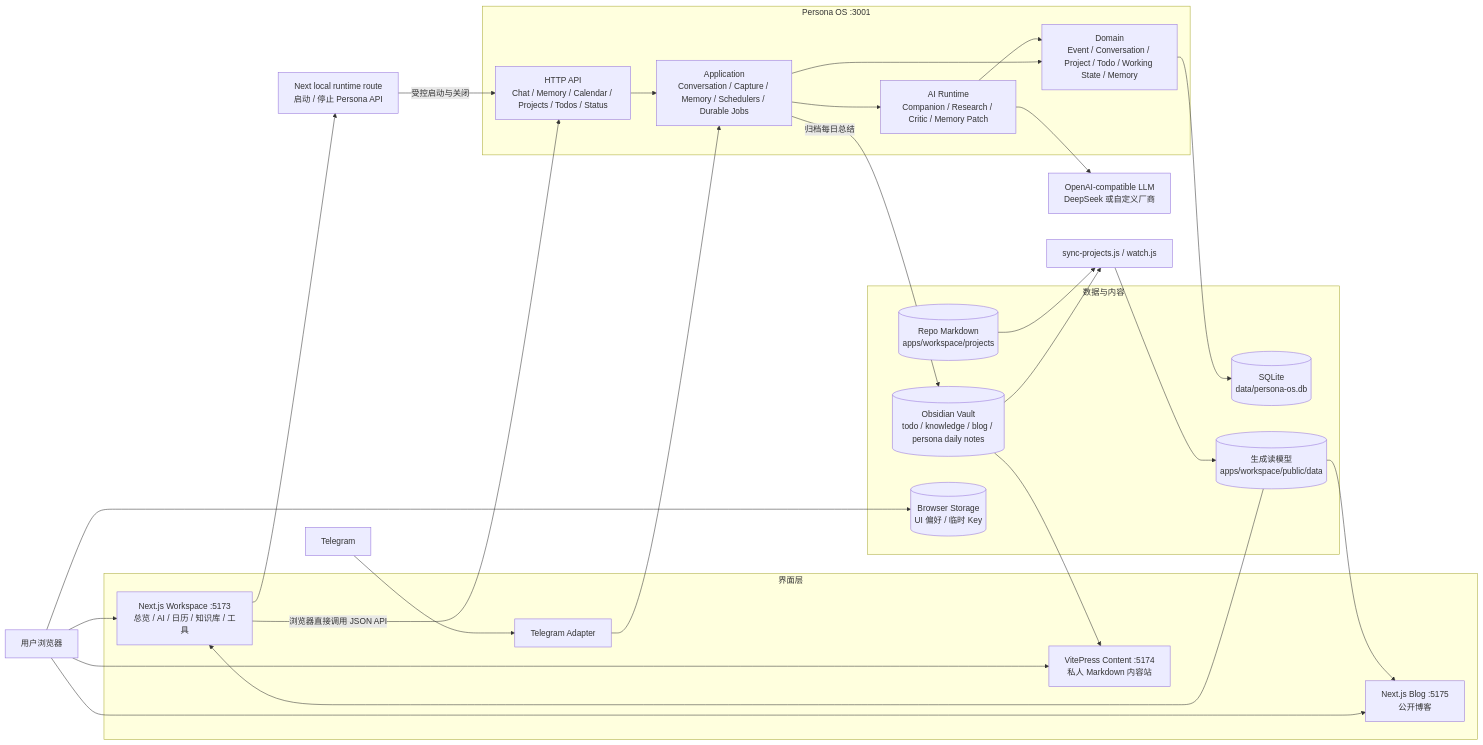
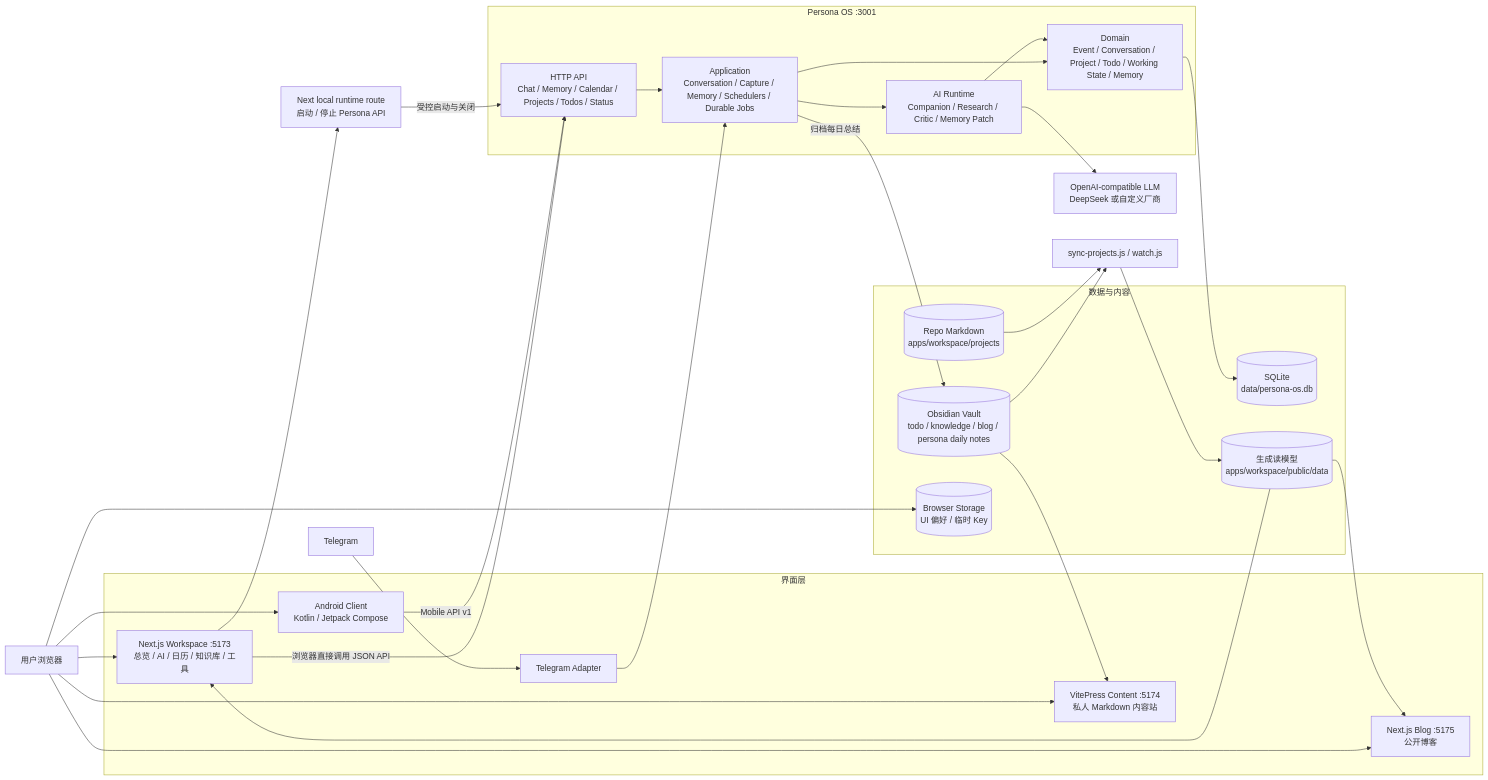
The first of 4 diagrams in docs/00-overview/current-architecture.md (qiancheng06/new-blog), drawn with Mermaid before and after one commit. The commit also changed other lines of this file and 35 other files, not shown here.

````diff
--- a/docs/00-overview/current-architecture.md
+++ b/docs/00-overview/current-architecture.md
@@ -9,49 +9,52 @@
 ```mermaid
 flowchart LR
   user["用户浏览器"]
   telegram["Telegram"]
   provider["OpenAI-compatible LLM<br/>DeepSeek 或自定义厂商"]
 
   subgraph presentation["界面层"]
     next["Next.js Workspace :5173<br/>总览 / AI / 日历 / 知识库 / 工具"]
     blogNext["Next.js Blog :5175<br/>公开博客"]
+    android["Android Client<br/>Kotlin / Jetpack Compose"]
     vitepress["VitePress Content :5174<br/>私人 Markdown 内容站"]
     tgAdapter["Telegram Adapter"]
   end
 
   subgraph persona["Persona OS :3001"]
     api["HTTP API<br/>Chat / Memory / Calendar / Projects / Todos / Status"]
     app["Application<br/>Conversation / Capture / Memory / Schedulers / Durable Jobs"]
     ai["AI Runtime<br/>Companion / Research / Critic / Memory Patch"]
     domain["Domain<br/>Event / Conversation / Project / Todo / Working State / Memory"]
   end
 
   subgraph storage["数据与内容"]
     sqlite[("SQLite<br/>data/persona-os.db")]
     vault[("Obsidian Vault<br/>todo / knowledge / blog / persona daily notes")]
     projects[("Repo Markdown<br/>apps/workspace/projects")]
     generated[("生成读模型<br/>apps/workspace/public/data")]
     browser[("Browser Storage<br/>UI 偏好 / 临时 Key")]
   end
 
   sync["sync-projects.js / watch.js"]
   runtime["Next local runtime route<br/>启动 / 停止 Persona API"]
 
   user --> next
   user --> blogNext
+  user --> android
   user --> vitepress
   user --> browser
   next -->|"浏览器直接调用 JSON API"| api
+  android -->|"Mobile API v1"| api
   next --> runtime
   runtime -->|"受控启动与关闭"| api
   telegram --> tgAdapter --> app
   api --> app --> domain --> sqlite
   app --> ai --> provider
   ai --> domain
   app -->|"归档每日总结"| vault
   vault --> sync
   projects --> sync
   sync --> generated --> next
   generated --> blogNext
   vault --> vitepress
 ```
````
